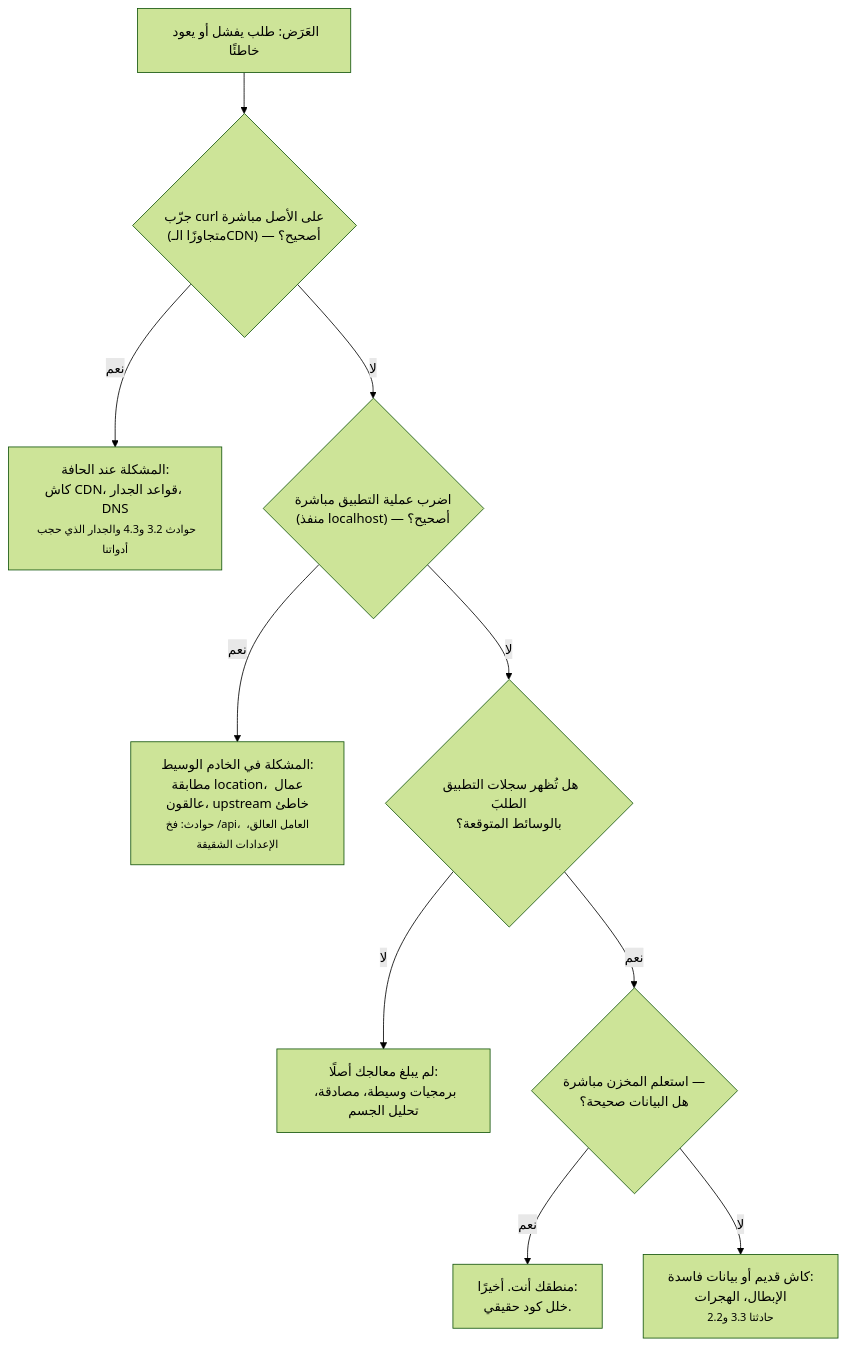
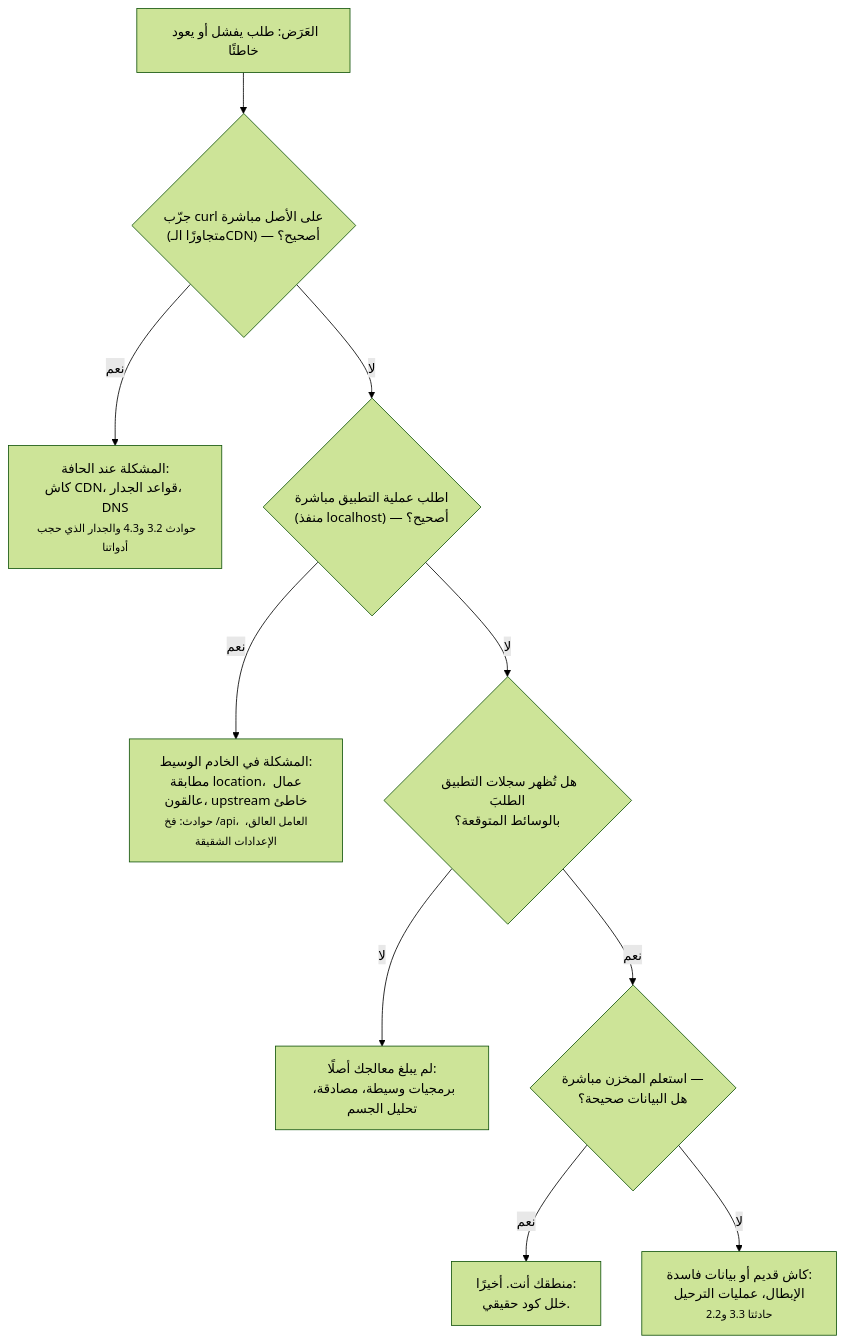
The third of 3 diagrams in modules/01-anatomy-of-a-real-app/lesson-2-the-requests-journey.ar.md (Tamoura/system-design-for-vibe-coders), drawn with Mermaid (forest theme) before and after one commit. The commit also changed other lines of this file and 335 other files, not shown here.

````diff
--- a/modules/01-anatomy-of-a-real-app/lesson-2-the-requests-journey.ar.md
+++ b/modules/01-anatomy-of-a-real-app/lesson-2-the-requests-journey.ar.md
@@ -97,12 +97,12 @@
 ```mermaid
 flowchart TD
     S["العَرَض: طلب يفشل أو يعود خاطئًا"] --> Q1{"جرّب curl على الأصل مباشرة<br/>(متجاوزًا الـCDN) — أصحيح؟"}
     Q1 -->|"نعم"| EDGE["المشكلة عند الحافة:<br/>كاش CDN، قواعد الجدار، DNS<br/><small>حوادث 3.2 و4.3 والجدار الذي حجب أدواتنا</small>"]
-    Q1 -->|"لا"| Q2{"اضرب عملية التطبيق مباشرة<br/>(منفذ localhost) — أصحيح؟"}
+    Q1 -->|"لا"| Q2{"اطلب عملية التطبيق مباشرة<br/>(منفذ localhost) — أصحيح؟"}
     Q2 -->|"نعم"| PROXY["المشكلة في الخادم الوسيط:<br/>مطابقة location، عمال عالقون، upstream خاطئ<br/><small>حوادث: فخ /api، العامل العالق، الإعدادات الشقيقة</small>"]
     Q2 -->|"لا"| Q3{"هل تُظهر سجلات التطبيق الطلبَ<br/>بالوسائط المتوقعة؟"}
     Q3 -->|"لا"| ROUTE["لم يبلغ معالجك أصلًا:<br/>برمجيات وسيطة، مصادقة، تحليل الجسم"]
     Q3 -->|"نعم"| DATA{"استعلم المخزن مباشرة —<br/>هل البيانات صحيحة؟"}
     DATA -->|"نعم"| CODE["منطقك أنت. أخيرًا:<br/>خلل كود حقيقي."]
-    DATA -->|"لا"| STORE["كاش قديم أو بيانات فاسدة:<br/>الإبطال، الهجرات<br/><small>حادثتا 3.3 و2.2</small>"]
+    DATA -->|"لا"| STORE["كاش قديم أو بيانات فاسدة:<br/>الإبطال، عمليات الترحيل<br/><small>حادثتا 3.3 و2.2</small>"]
 ```
````
